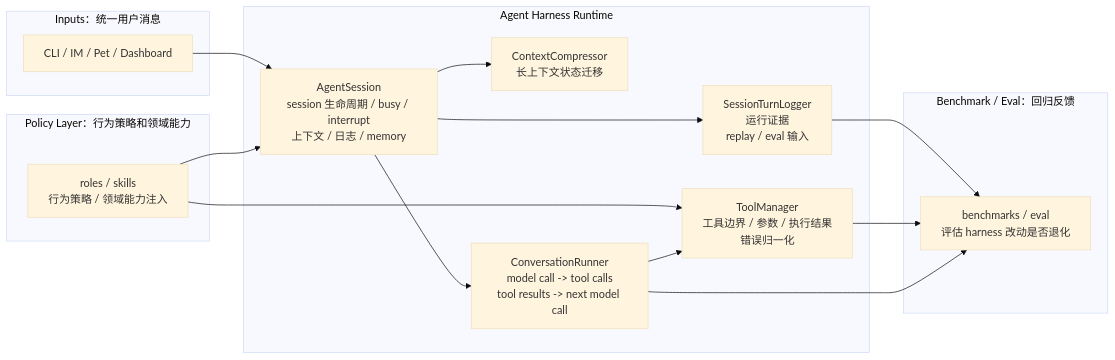
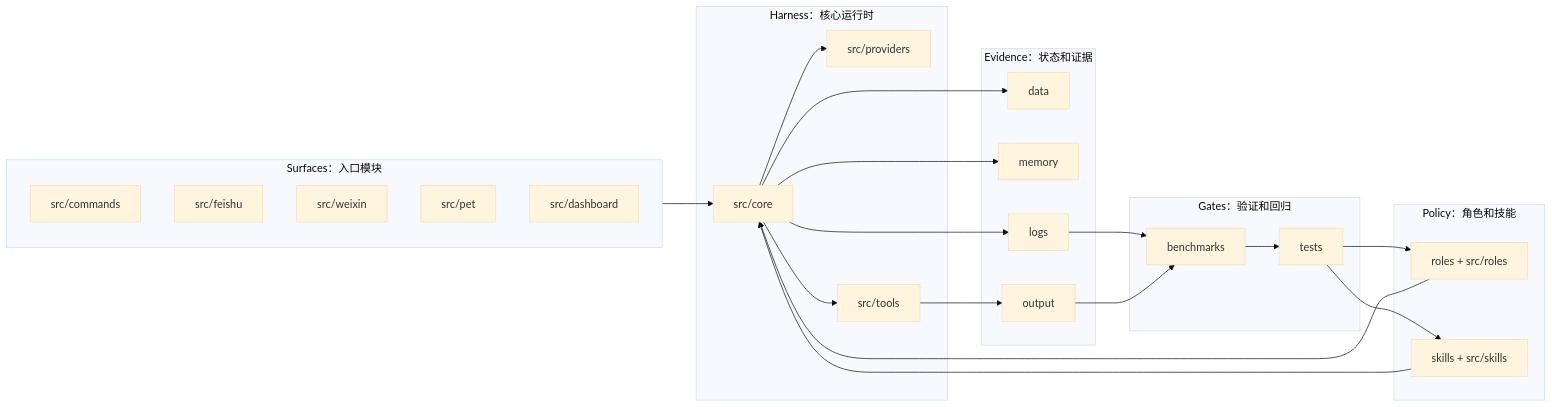
One commit to fightheyyy/XiaoBa-CLI changed the second of 3 diagrams in SPEC.md. Above: the diagram before and after it, drawn with Mermaid (base theme). The commit also changed other lines of this file and 11 other files, not shown here.

````diff
--- a/SPEC.md
+++ b/SPEC.md
@@ -34,35 +104,48 @@
 ```mermaid
 flowchart LR
-    subgraph Inputs["Inputs：统一用户消息"]
-        Surfaces["CLI / IM / Pet / Dashboard"]
+    subgraph Surfaces["Surfaces：入口模块"]
+        Commands["src/commands"]
+        Feishu["src/feishu"]
+        Weixin["src/weixin"]
+        Pet["src/pet"]
+        Dashboard["src/dashboard"]
     end
 
-    subgraph Policy["Policy Layer：行为策略和领域能力"]
-        RolesSkills["roles / skills<br/>行为策略 / 领域能力注入"]
+    subgraph Policy["Policy：角色和技能"]
+        Roles["roles + src/roles"]
+        Skills["skills + src/skills"]
     end
 
-    subgraph Harness["Agent Harness Runtime"]
-        AgentSession["AgentSession<br/>session 生命周期 / busy / interrupt<br/>上下文 / 日志 / memory"]
-        ContextCompressor["ContextCompressor<br/>长上下文状态迁移"]
-        ConversationRunner["ConversationRunner<br/>model call -> tool calls<br/>tool results -> next model call"]
-        ToolManager["ToolManager<br/>工具边界 / 参数 / 执行结果<br/>错误归一化"]
-        SessionTurnLogger["SessionTurnLogger<br/>运行证据<br/>replay / eval 输入"]
+    subgraph Harness["Harness：核心运行时"]
+        Core["src/core"]
+        Providers["src/providers"]
+        Tools["src/tools"]
     end
 
-    subgraph Evaluation["Benchmark / Eval：回归反馈"]
-        Benchmarks["benchmarks / eval<br/>评估 harness 改动是否退化"]
+    subgraph Evidence["Evidence：状态和证据"]
+        Data["data"]
+        Memory["memory"]
+        Logs["logs"]
+        Output["output"]
     end
 
-    Surfaces --> AgentSession
-    RolesSkills --> AgentSession
-    RolesSkills --> ToolManager
+    subgraph Gates["Gates：验证和回归"]
+        Benchmarks["benchmarks"]
+        Tests["tests"]
+    end
 
-    AgentSession --> ContextCompressor
-    AgentSession --> ConversationRunner
-    AgentSession --> SessionTurnLogger
-    ConversationRunner --> ToolManager
-
-    SessionTurnLogger --> Benchmarks
-    ToolManager --> Benchmarks
-    ConversationRunner --> Benchmarks
+    Surfaces --> Core
+    Roles --> Core
+    Skills --> Core
+    Core --> Providers
+    Core --> Tools
+    Core --> Data
+    Core --> Memory
+    Core --> Logs
+    Tools --> Output
+    Logs --> Benchmarks
+    Output --> Benchmarks
+    Benchmarks --> Tests
+    Tests --> Roles
+    Tests --> Skills
 ```
````
